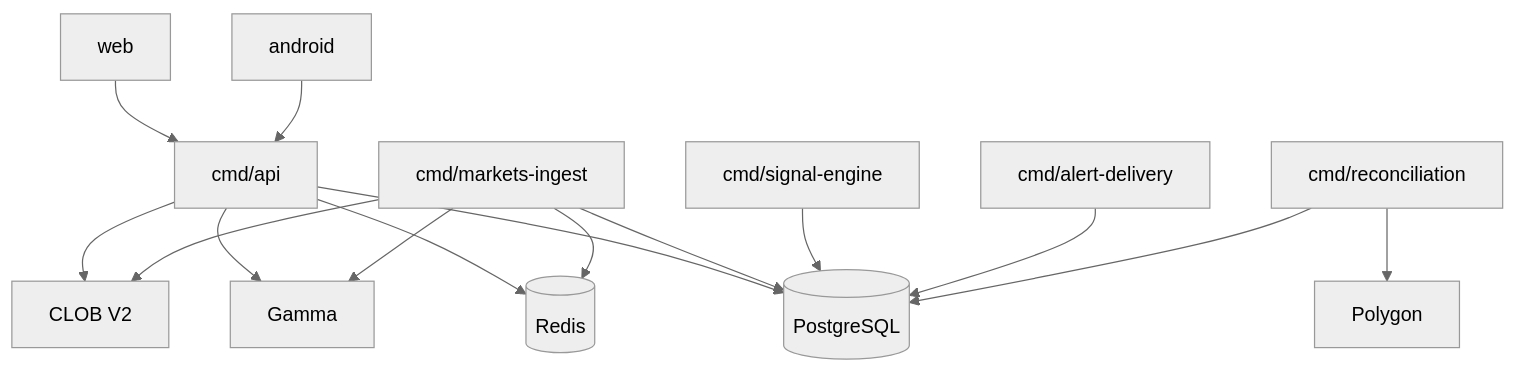
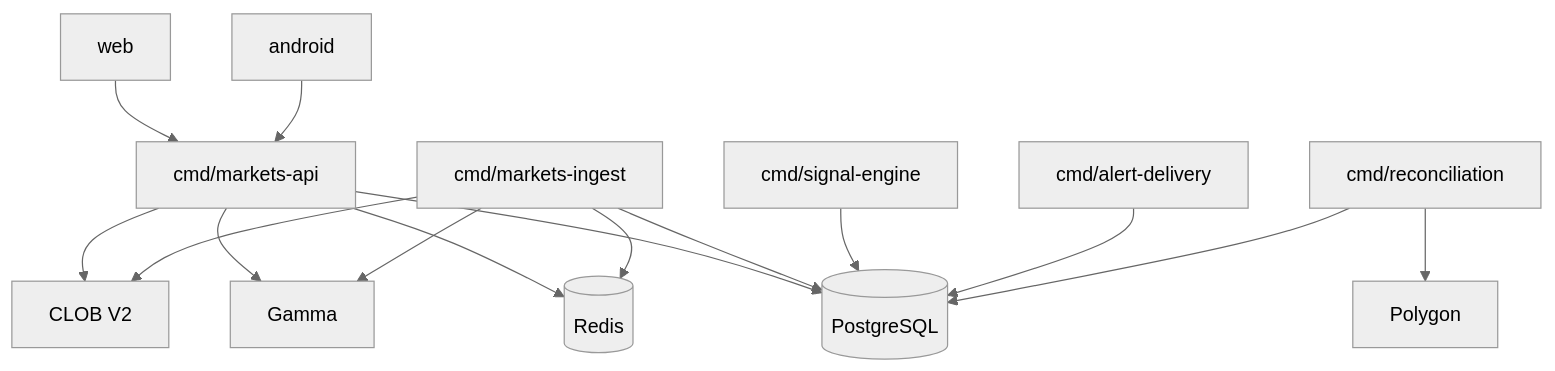
One commit to RetroPick/monorepo-base changed the first of 2 diagrams in .dev/markets-v1/backend/BACKEND_ARCHITECTURE.md. Above: the diagram before and after it, drawn with Mermaid (neutral theme). The commit also changed other lines of this file and 395 other files, not shown here.

````diff
--- a/.dev/markets-v1/backend/BACKEND_ARCHITECTURE.md
+++ b/.dev/markets-v1/backend/BACKEND_ARCHITECTURE.md
@@ -82,17 +82,17 @@
 ```mermaid
 flowchart TB
-  Web[web] --> API[cmd/api]
+  Web[web] --> API[cmd/markets-api]
   Android[android] --> API
   API --> PG[(PostgreSQL)]
   API --> Redis[(Redis)]
   ING[cmd/markets-ingest] --> PG
   ING --> Redis
   SIG[cmd/signal-engine] --> PG
   ALT[cmd/alert-delivery] --> PG
   REC[cmd/reconciliation] --> PG
   API --> Gamma[Gamma]
   API --> CLOB[CLOB V2]
   ING --> Gamma
   ING --> CLOB
   REC --> Chain[Polygon]
 ```
````
